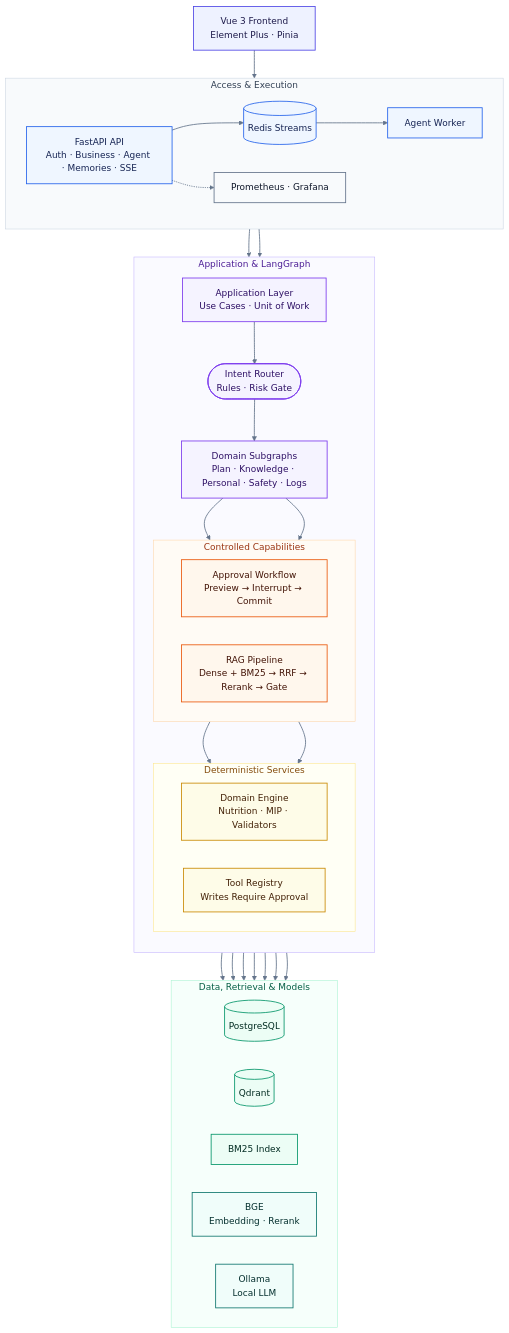
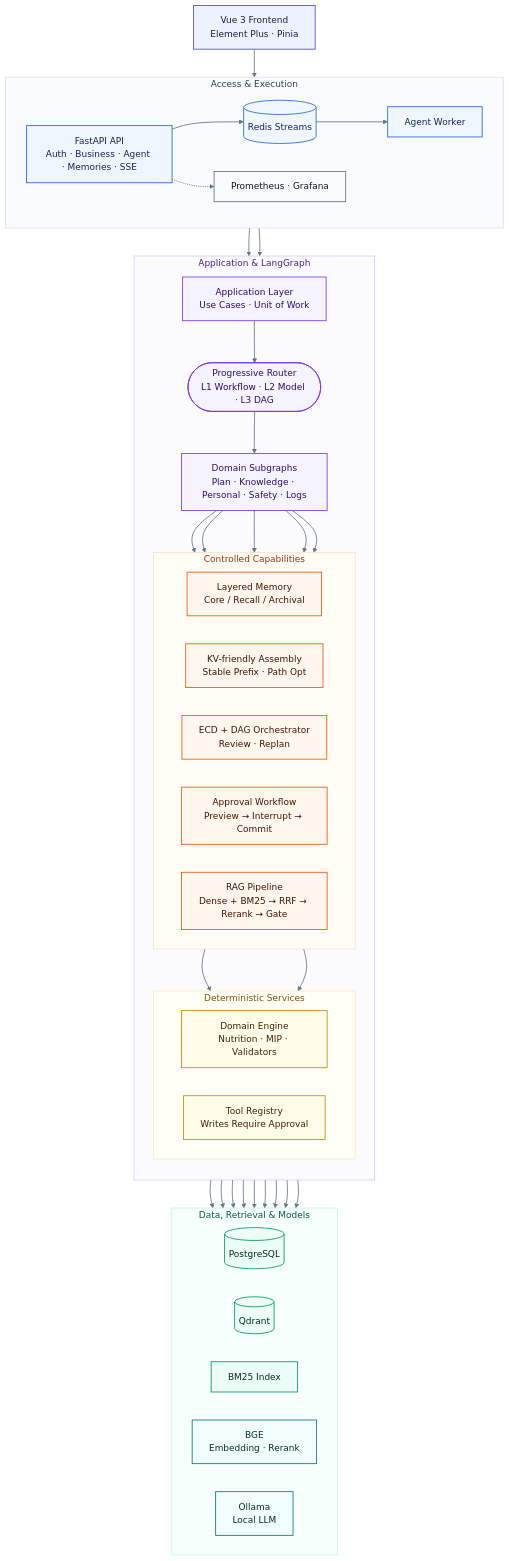
The diagram in README.md (yytbjx/FitPilot), drawn with Mermaid before and after one commit. The commit also changed other lines of this file and 205 other files, not shown here.

First line of the commit message:
feat: layered memory, KV-friendly context, progressive orchestration

```diff
--- a/README.md
+++ b/README.md
@@ -70,11 +87,14 @@
     subgraph core["Application & LangGraph"]
         direction TB
         App["Application Layer<br/>Use Cases · Unit of Work"]
-        Router(["Intent Router<br/>Rules · Risk Gate"])
+        Router(["Progressive Router<br/>L1 Workflow · L2 Model · L3 DAG"])
         Graphs["Domain Subgraphs<br/>Plan · Knowledge · Personal · Safety · Logs"]
 
         subgraph capabilities["Controlled Capabilities"]
             direction LR
+            Memory["Layered Memory<br/>Core / Recall / Archival"]
+            Assemble["KV-friendly Assembly<br/>Stable Prefix · Path Opt"]
+            Orch["ECD + DAG Orchestrator<br/>Review · Replan"]
             Workflow["Approval Workflow<br/>Preview → Interrupt → Commit"]
             RAG["RAG Pipeline<br/>Dense + BM25 → RRF → Rerank → Gate"]
         end
@@ -86,6 +106,9 @@
         end
 
         App --> Router --> Graphs
+        Graphs --> Memory
+        Graphs --> Assemble
+        Graphs --> Orch
         Graphs --> Workflow
         Graphs --> RAG
         Workflow --> Domain
@@ -105,12 +128,14 @@
     API --> App
     Worker --> Graphs
     Graphs --> PG
+    Memory --> PG
     Domain --> PG
     Tools --> PG
     RAG --> Qdrant
     RAG --> BM25
     RAG --> BGE
     RAG --> Ollama
+    Assemble --> Ollama
 
     classDef client fill:#EEF2FF,stroke:#4F46E5,color:#1E1B4B,stroke-width:1.5px;
     classDef gateway fill:#EFF6FF,stroke:#2563EB,color:#172554,stroke-width:1.5px;
@@ -124,7 +149,7 @@
     class UI client;
     class API,Queue,Worker gateway;
     class App,Router,Graphs agent;
-    class Workflow,RAG control;
+    class Memory,Assemble,Orch,Workflow,RAG control;
     class Domain,Tools engine;
     class PG,Qdrant,BM25 storage;
     class BGE,Ollama model;
```
